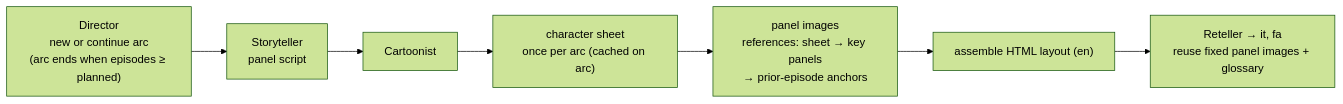
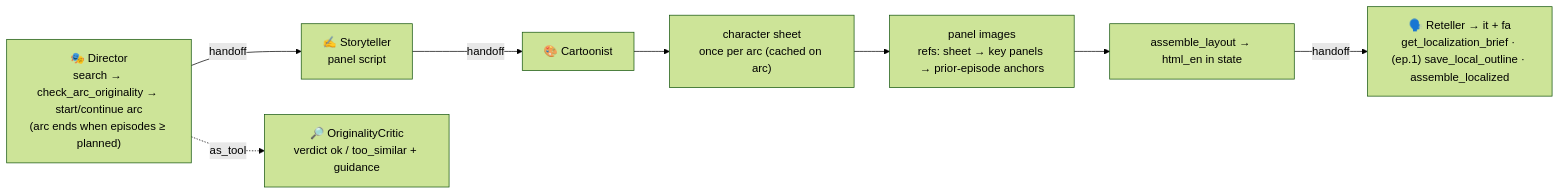
One commit to abozaralizadeh/SandBox changed the second of 3 diagrams in ComicBook/architecture.md. Above: the diagram before and after it, drawn with Mermaid (forest theme). The commit also changed other lines of this file and 7 other files, not shown here.

````diff
--- a/ComicBook/architecture.md
+++ b/ComicBook/architecture.md
@@ -100,9 +112,11 @@
 ```mermaid
 flowchart LR
-  D["Director<br/>new or continue arc<br/>(arc ends when episodes ≥ planned)"] --> S["Storyteller<br/>panel script"]
-  S --> C["Cartoonist"]
+  D["🎭 Director<br/>search → check_arc_originality → start/continue arc<br/>(arc ends when episodes ≥ planned)"]
+  D -->|handoff| S["✍️ Storyteller<br/>panel script"]
+  S -->|handoff| C["🎨 Cartoonist"]
   C --> CS["character sheet<br/>once per arc (cached on arc)"]
-  CS --> PI["panel images<br/>references: sheet → key panels<br/>→ prior-episode anchors"]
-  PI --> L["assemble HTML layout (en)"]
-  L --> R["Reteller → it, fa<br/>reuse fixed panel images + glossary"]
+  CS --> PI["panel images<br/>refs: sheet → key panels → prior-episode anchors"]
+  PI --> L["assemble_layout → html_en in state"]
+  L -->|handoff| R["🗣️ Reteller → it + fa<br/>get_localization_brief · (ep.1) save_local_outline · assemble_localized"]
+  D -. as_tool .-> OC["🔎 OriginalityCritic<br/>verdict ok / too_similar + guidance"]
 ```
````
